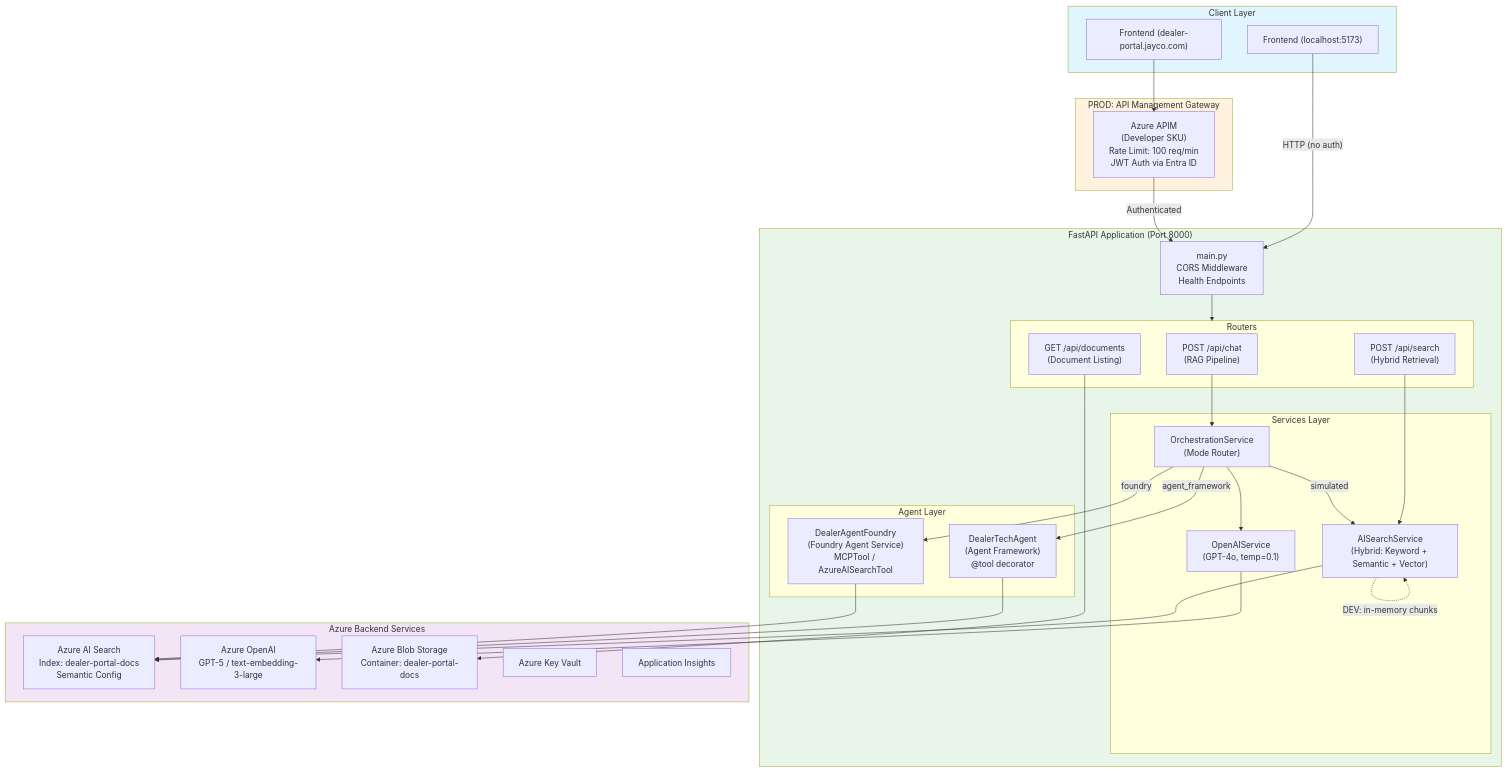
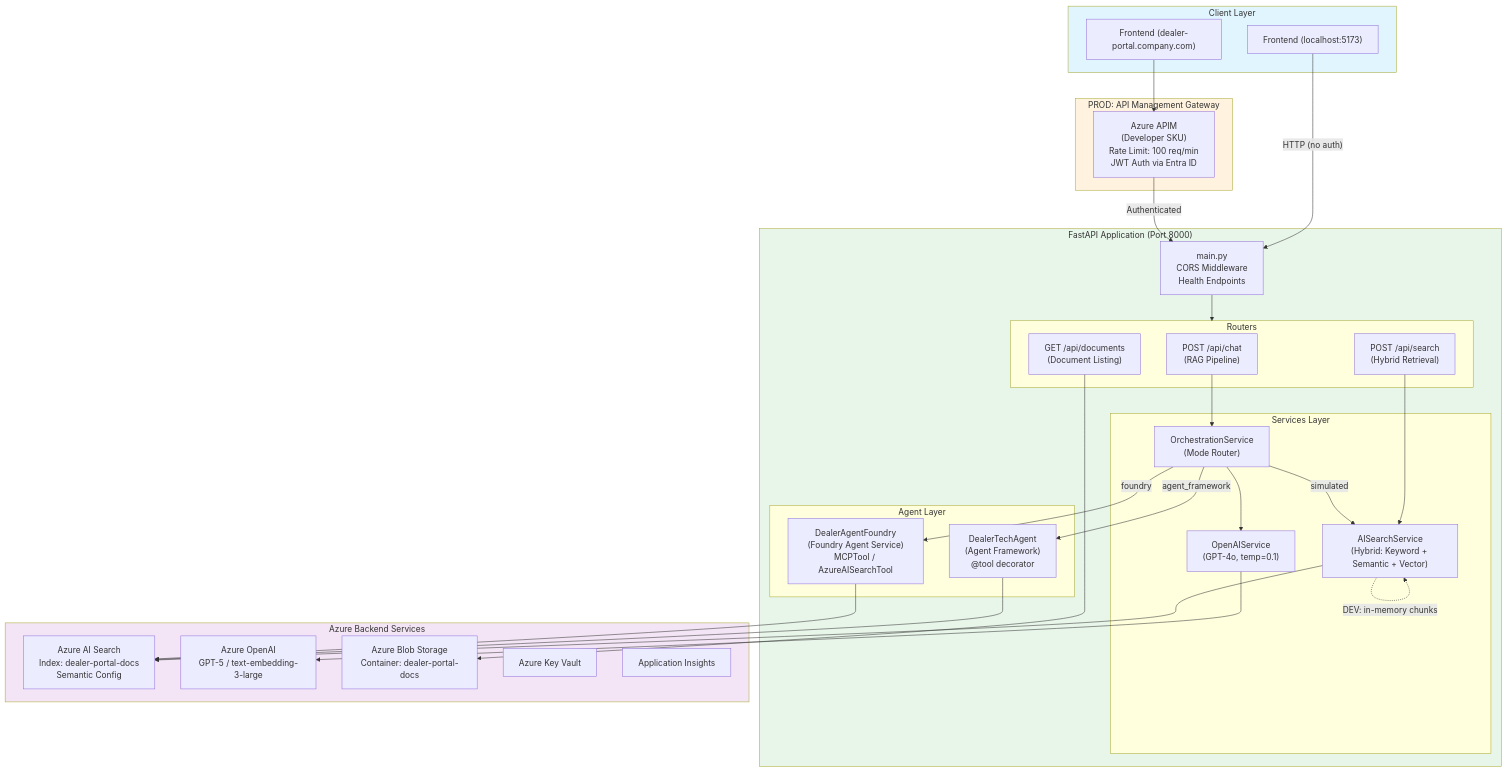
Before and after one commit to honestypugh2/foundry-dealer-portal-chat: the first of 3 diagrams in docs/api-layer-architecture.md, drawn with Mermaid. The commit also changed other lines of this file and 10 other files, not shown here.

````diff
--- a/docs/api-layer-architecture.md
+++ b/docs/api-layer-architecture.md
@@ -5,62 +5,62 @@
 ```mermaid
 flowchart TB
     subgraph CLIENT["Client Layer"]
         FE_DEV["Frontend (localhost:5173)"]
-        FE_PROD["Frontend (dealer-portal.jayco.com)"]
+        FE_PROD["Frontend (dealer-portal.company.com)"]
     end
 
     subgraph PROD_GATEWAY["PROD: API Management Gateway"]
         APIM["Azure APIM\n(Developer SKU)\nRate Limit: 100 req/min\nJWT Auth via Entra ID"]
     end
 
     subgraph API["FastAPI Application (Port 8000)"]
         MAIN["main.py\nCORS Middleware\nHealth Endpoints"]
         
         subgraph ROUTERS["Routers"]
             CHAT["POST /api/chat\n(RAG Pipeline)"]
             SEARCH["POST /api/search\n(Hybrid Retrieval)"]
             DOCS["GET /api/documents\n(Document Listing)"]
         end
 
         subgraph SERVICES["Services Layer"]
             ORCH["OrchestrationService\n(Mode Router)"]
             AIS["AISearchService\n(Hybrid: Keyword + Semantic + Vector)"]
             OAI["OpenAIService\n(GPT-4o, temp=0.1)"]
         end
 
         subgraph AGENTS["Agent Layer"]
             AF["DealerTechAgent\n(Agent Framework)\n@tool decorator"]
             FA["DealerAgentFoundry\n(Foundry Agent Service)\nMCPTool / AzureAISearchTool"]
         end
     end
 
     subgraph AZURE["Azure Backend Services"]
         AISEARCH["Azure AI Search\nIndex: dealer-portal-docs\nSemantic Config"]
         OPENAI["Azure OpenAI\nGPT-5 / text-embedding-3-large"]
         BLOB["Azure Blob Storage\nContainer: dealer-portal-docs"]
         KV["Azure Key Vault"]
         APPINS["Application Insights"]
     end
 
     FE_DEV -->|"HTTP (no auth)"| MAIN
     FE_PROD --> APIM
     APIM -->|"Authenticated"| MAIN
     MAIN --> ROUTERS
     CHAT --> ORCH
     SEARCH --> AIS
     ORCH -->|"simulated"| AIS
     ORCH -->|"agent_framework"| AF
     ORCH -->|"foundry"| FA
     ORCH --> OAI
     AF --> AISEARCH
     FA --> AISEARCH
     AIS --> AISEARCH
     OAI --> OPENAI
     AIS -.->|"DEV: in-memory chunks"| AIS
     DOCS --> BLOB
 
     style CLIENT fill:#e1f5fe
     style PROD_GATEWAY fill:#fff3e0
     style API fill:#e8f5e9
     style AZURE fill:#f3e5f5
 ```
````
